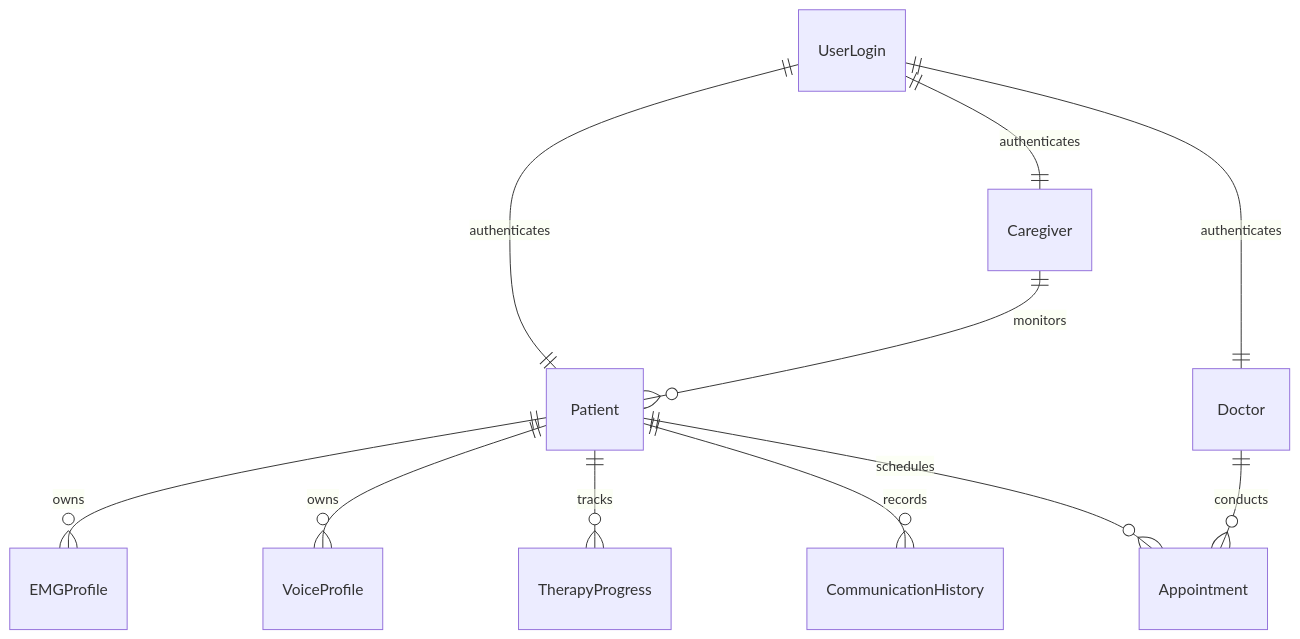
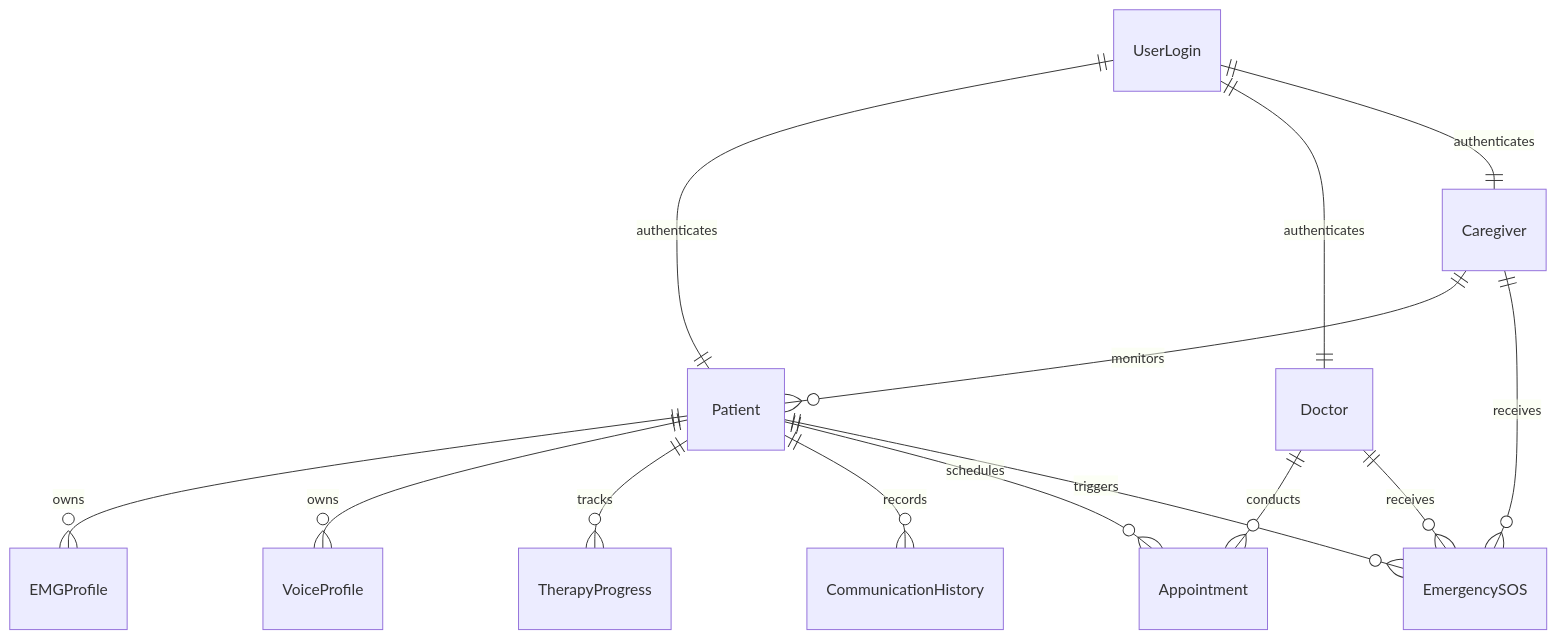
The diagram in docs/DATABASE.md (srividya1004/voiceback), drawn with Mermaid before and after one commit. The commit also changed other lines of this file and 124 other files, not shown here.

````diff
--- a/docs/DATABASE.md
+++ b/docs/DATABASE.md
@@ -23,15 +23,18 @@
 ```mermaid
 erDiagram
     UserLogin ||--|| Patient : "authenticates"
     UserLogin ||--|| Doctor : "authenticates"
     UserLogin ||--|| Caregiver : "authenticates"
 
     Patient ||--o{ EMGProfile : "owns"
     Patient ||--o{ VoiceProfile : "owns"
     Patient ||--o{ TherapyProgress : "tracks"
     Patient ||--o{ CommunicationHistory : "records"
     Patient ||--o{ Appointment : "schedules"
+    Patient ||--o{ EmergencySOS : "triggers"
 
     Doctor ||--o{ Appointment : "conducts"
     Caregiver ||--o{ Patient : "monitors"
+    Caregiver ||--o{ EmergencySOS : "receives"
+    Doctor ||--o{ EmergencySOS : "receives"
 ```
````
